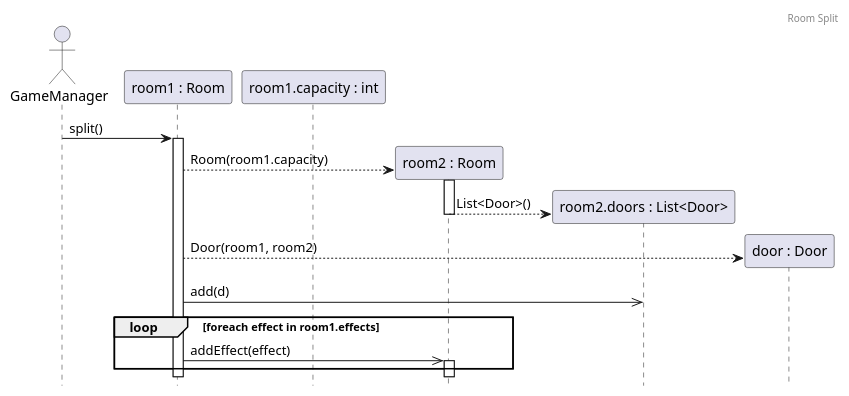
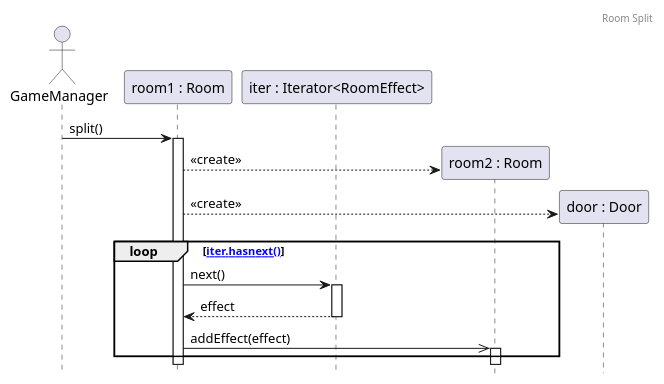
One commit to Kristof-me/Logarlec changed the diagram in docs/sequence/RoomSplit.puml. Above: the diagram before and after it, drawn with PlantUML. The commit also changed 3 other files, not shown here.

```diff
--- a/docs/sequence/RoomSplit.puml
+++ b/docs/sequence/RoomSplit.puml
@@ -1,65 +1,66 @@
 @startuml RoomSplit
 header Room Split
 hide footbox
-
+/'
 actor gm as "GameManager"
 participant r1 as "room1 : Room"
 participant capacity as "room1.capacity : int"
 
 gm -> r1 ++ : split()
 
 create r2 as "room2 : Room"
 r1 --> r2 ++ : Room(room1.capacity)
 create r2doors as "room2.doors : List<Door>"
 r2 --> r2doors -- : List<Door>()
 
 create d as "door : Door"
 r1 --> d : Door(room1, room2)
 
 r1 ->> r2doors : add(d)
 
 
 loop foreach effect in room1.effects
     r1 ->> r2 ++ : addEffect(effect)
 end
+'/
 
-/'
 actor gm as "GameManager"
 participant r1 as "room1 : Room"
 participant iter as "iter : Iterator<RoomEffect>"
 
 gm -> r1 ++ : split()
 
 create r2 as "room2 : Room"
 r1 --> r2  :  <<create>>
 
 create d as "door : Door"
 r1 --> d :  <<create>>
 
 
 loop [[iter.hasnext()]]
     r1 -> iter ++: next()
     return effect
 
-    iter ->> r2 ++ : addEffect(effect)
+    r1 ->> r2 ++ : addEffect(effect)
 end
 
+/'
 actor gm as "GameManager"
 participant r1 as "room1 : Room"
 
 gm -> r1 ++ : split()
 
 create r2 as "room2 : Room"
 r1 --> r2  :  <<create>>
 
 create d as "door : Door"
 r1 --> d :  <<create>>
 
 note right of r1
     A további működés:
     - room2-nél az ajtó beállítása
     - hatások másolása
     a Room osztály belső működésének része
 end note
 '/
 @enduml
```
